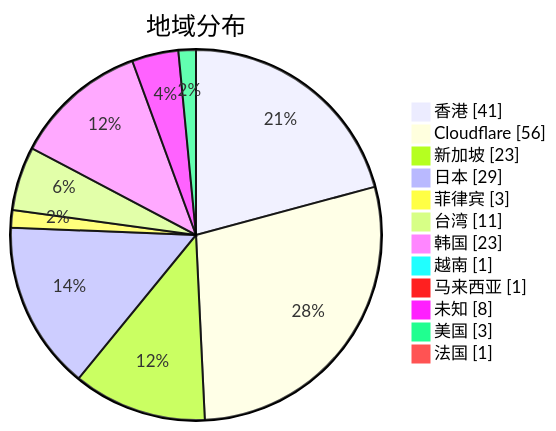
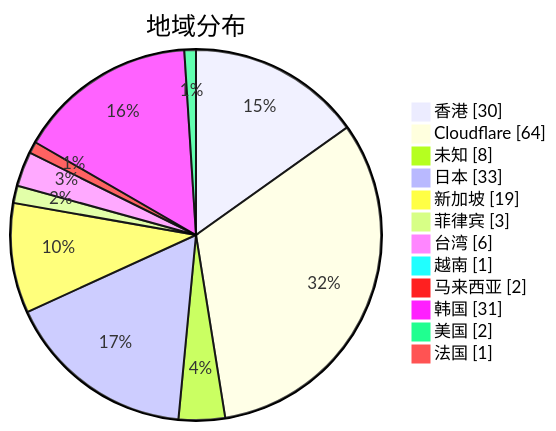
One commit to qjlxg/airport changed the second of 3 diagrams in subs/statistics/tested_within.md. Above: the diagram before and after it, drawn with Mermaid. The commit also changed other lines of this file and 2 other files, not shown here.

````diff
--- a/subs/statistics/tested_within.md
+++ b/subs/statistics/tested_within.md
@@ -12,16 +12,16 @@
 ```mermaid
 pie showData
 title 地域分布
-"香港" : 41
-"Cloudflare" : 56
-"新加坡" : 23
-"日本" : 29
+"香港" : 30
+"Cloudflare" : 64
+"未知" : 8
+"日本" : 33
+"新加坡" : 19
 "菲律宾" : 3
-"台湾" : 11
-"韩国" : 23
+"台湾" : 6
 "越南" : 1
-"马来西亚" : 1
-"未知" : 8
-"美国" : 3
+"马来西亚" : 2
+"韩国" : 31
+"美国" : 2
 "法国" : 1
 ```
````
